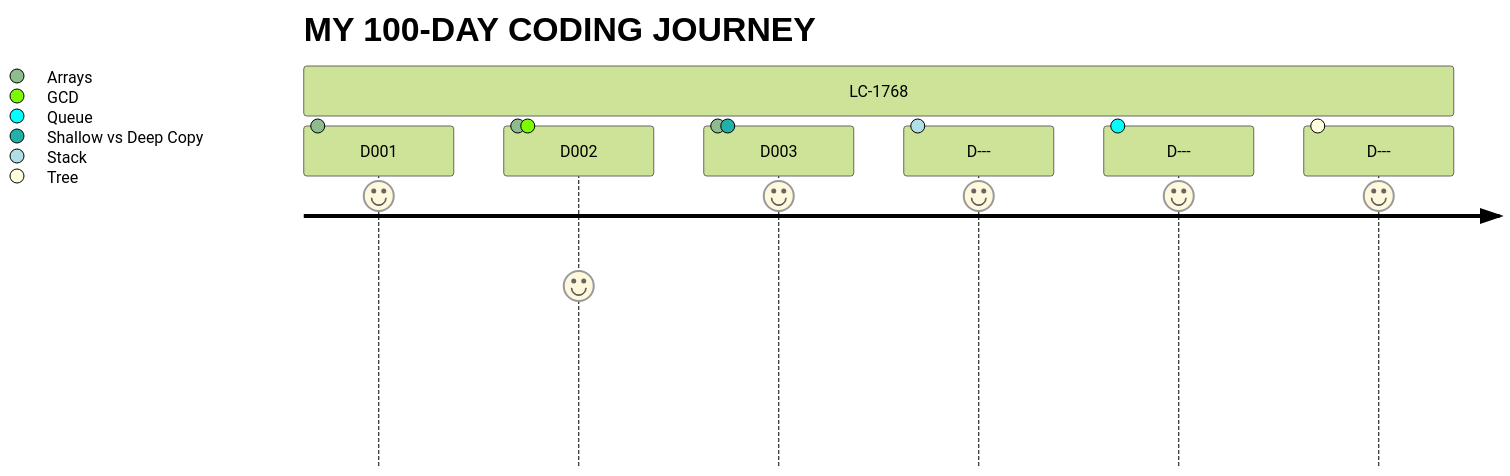
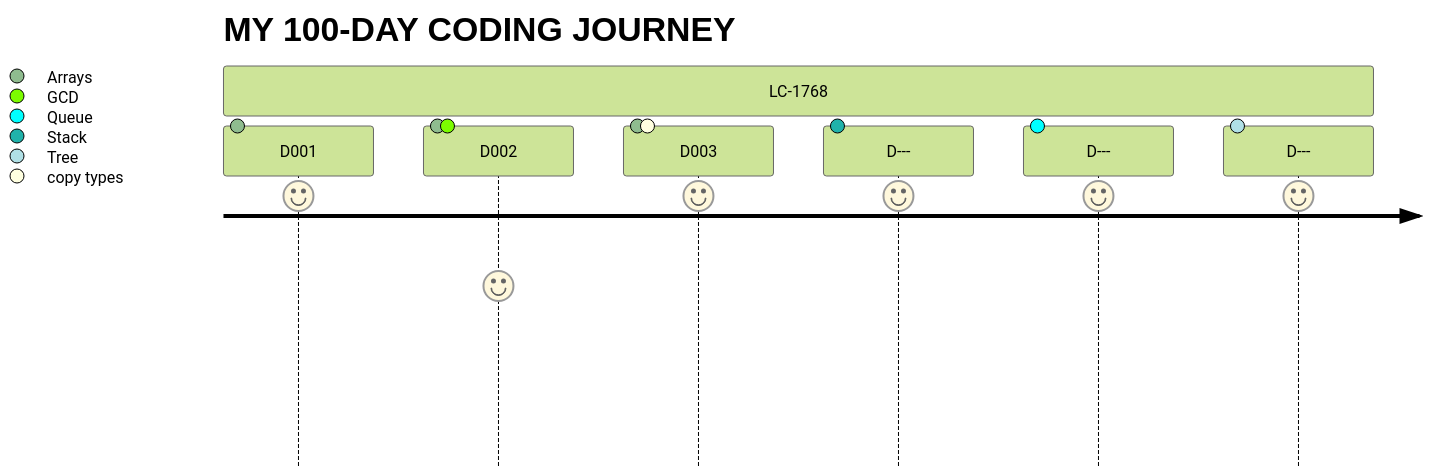
The diagram in log.md (Edddush/100-days-of-code), drawn with Mermaid (forest theme) before and after one commit.

Commit message:
Update chart D003

````diff
--- a/log.md
+++ b/log.md
@@ -3,11 +3,11 @@
 ```mermaid
 journey
     title MY 100-DAY CODING JOURNEY
     section LC-1768
       D001: 9: Arrays
       D002: 6: Arrays, GCD
-      D003: 9: Arrays, Shallow vs Deep Copy
+      D003: 9: Arrays, copy types
       D---: 9: Stack
       D---: 9: Queue
       D---: 9: Tree
 ```
````
